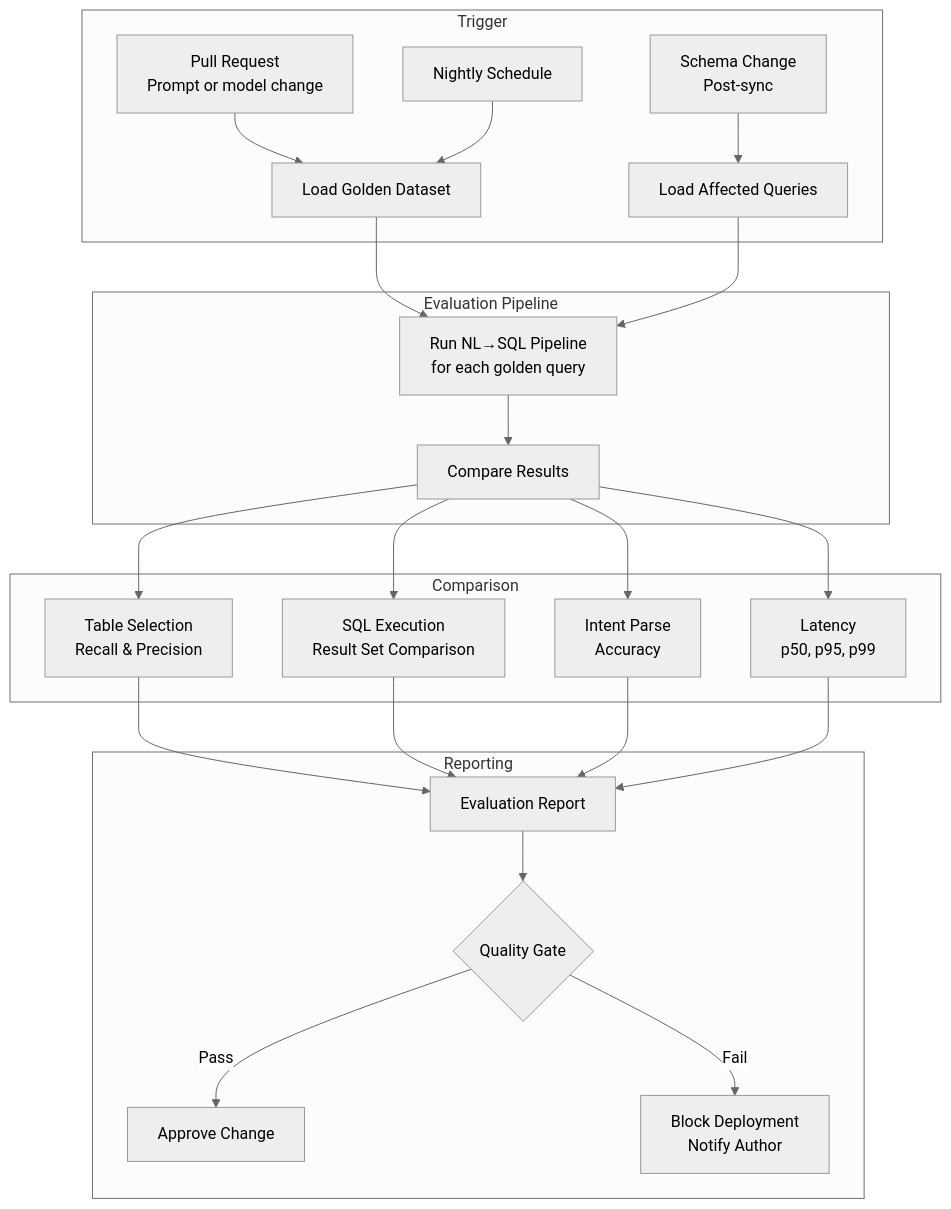
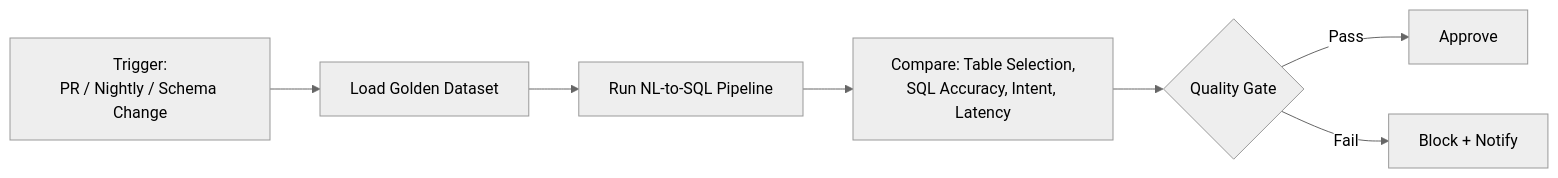
Diagram 15 of 17 in agentic-text-to-sql-architecture.md (chirayu-2001/text-to-sql), drawn with Mermaid (neutral theme) before and after one commit. The commit also changed other lines of this file, not shown here.

Commit message:
Simplify mermaid diagrams for GitHub rendering

````diff
--- a/agentic-text-to-sql-architecture.md
+++ b/agentic-text-to-sql-architecture.md
@@ -2170,31 +2009,9 @@
 ```mermaid
-graph TB
-    subgraph "Trigger"
-        PR[Pull Request\nPrompt or model change] --> EVAL
-        NIGHTLY[Nightly Schedule] --> EVAL
-        SCHEMA_CHANGE[Schema Change\nPost-sync] --> EVAL_SUBSET
-    end
-
-    subgraph "Evaluation Pipeline"
-        EVAL[Load Golden Dataset] --> RUN[Run NL→SQL Pipeline\nfor each golden query]
-        EVAL_SUBSET[Load Affected Queries] --> RUN
-        RUN --> COMPARE[Compare Results]
-    end
-
-    subgraph "Comparison"
-        COMPARE --> TABLE_CHECK[Table Selection\nRecall & Precision]
-        COMPARE --> SQL_CHECK[SQL Execution\nResult Set Comparison]
-        COMPARE --> INTENT_CHECK[Intent Parse\nAccuracy]
-        COMPARE --> LATENCY_CHECK[Latency\np50, p95, p99]
-    end
-
-    subgraph "Reporting"
-        TABLE_CHECK --> REPORT[Evaluation Report]
-        SQL_CHECK --> REPORT
-        INTENT_CHECK --> REPORT
-        LATENCY_CHECK --> REPORT
-        REPORT --> GATE{Quality Gate}
-        GATE -->|Pass| APPROVE[Approve Change]
-        GATE -->|Fail| BLOCK[Block Deployment\nNotify Author]
-    end
+graph LR
+    TRIGGER["Trigger:<br/>PR / Nightly / Schema Change"] --> EVAL[Load Golden Dataset]
+    EVAL --> RUN[Run NL-to-SQL Pipeline]
+    RUN --> COMPARE[Compare: Table Selection,<br/>SQL Accuracy, Intent, Latency]
+    COMPARE --> GATE{Quality Gate}
+    GATE -->|Pass| APPROVE[Approve]
+    GATE -->|Fail| BLOCK[Block + Notify]
 ```
````
